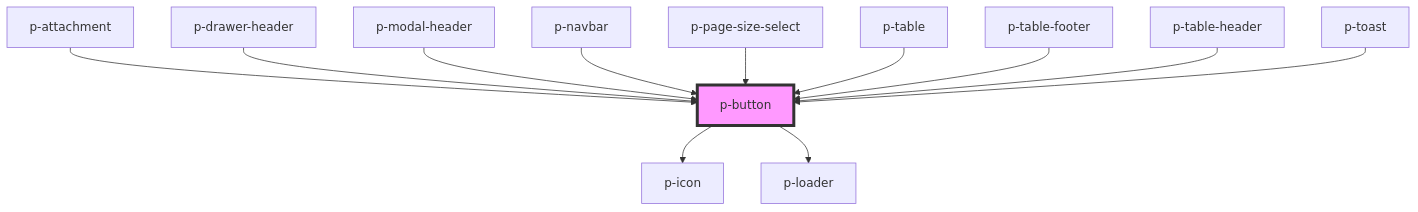
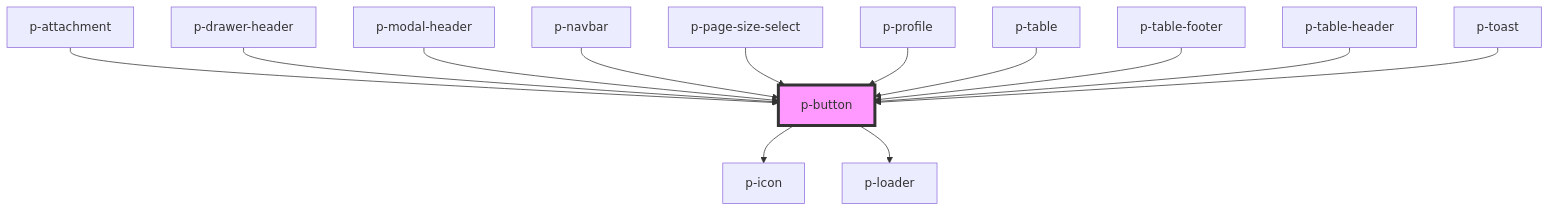
One commit to Employes/paperless changed the diagram in packages/core/src/components/molecules/button/readme.md. Above: the diagram before and after it, drawn with Mermaid. The commit also changed other lines of this file and 4 other files, not shown here.

Commit message:
feat(molecules/profile): Use button for profile when dropdown available

````diff
--- a/packages/core/src/components/molecules/button/readme.md
+++ b/packages/core/src/components/molecules/button/readme.md
@@ -60,15 +61,16 @@
 ```mermaid
 graph TD;
   p-button --> p-icon
   p-button --> p-loader
   p-attachment --> p-button
   p-drawer-header --> p-button
   p-modal-header --> p-button
   p-navbar --> p-button
   p-page-size-select --> p-button
+  p-profile --> p-button
   p-table --> p-button
   p-table-footer --> p-button
   p-table-header --> p-button
   p-toast --> p-button
   style p-button fill:#f9f,stroke:#333,stroke-width:4px
 ```
````
